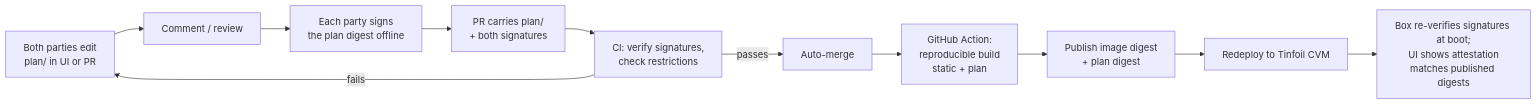
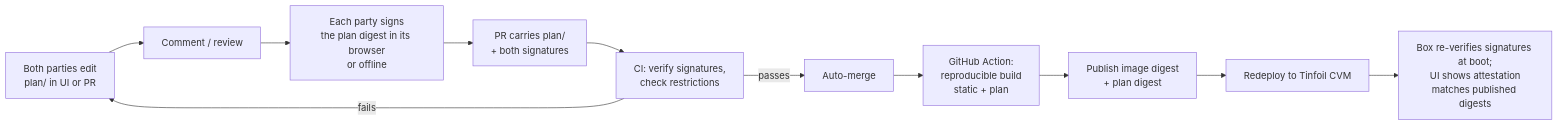
One commit to Lucid-Computing/aiab-introspection changed the first of 3 diagrams in docs/AIAB_DESIGN_SPEC.md. Above: the diagram before and after it, drawn with Mermaid. The commit also changed other lines of this file and 9 other files, not shown here.

````diff
--- a/docs/AIAB_DESIGN_SPEC.md
+++ b/docs/AIAB_DESIGN_SPEC.md
@@ -64,13 +64,13 @@
 ```mermaid
 flowchart LR
     A[Both parties edit<br/>plan/ in UI or PR] --> B[Comment / review]
-    B --> C[Each party signs<br/>the plan digest offline]
+    B --> C[Each party signs<br/>the plan digest in its browser<br/>or offline]
     C --> D[PR carries plan/<br/>+ both signatures]
     D --> E[CI: verify signatures,<br/>check restrictions]
     E -->|fails| A
     E -->|passes| F[Auto-merge]
     F --> G[GitHub Action:<br/>reproducible build<br/>static + plan]
     G --> H[Publish image digest<br/>+ plan digest]
     H --> I[Redeploy to Tinfoil CVM]
     I --> J[Box re-verifies signatures at boot;<br/>UI shows attestation<br/>matches published digests]
 ```
````
